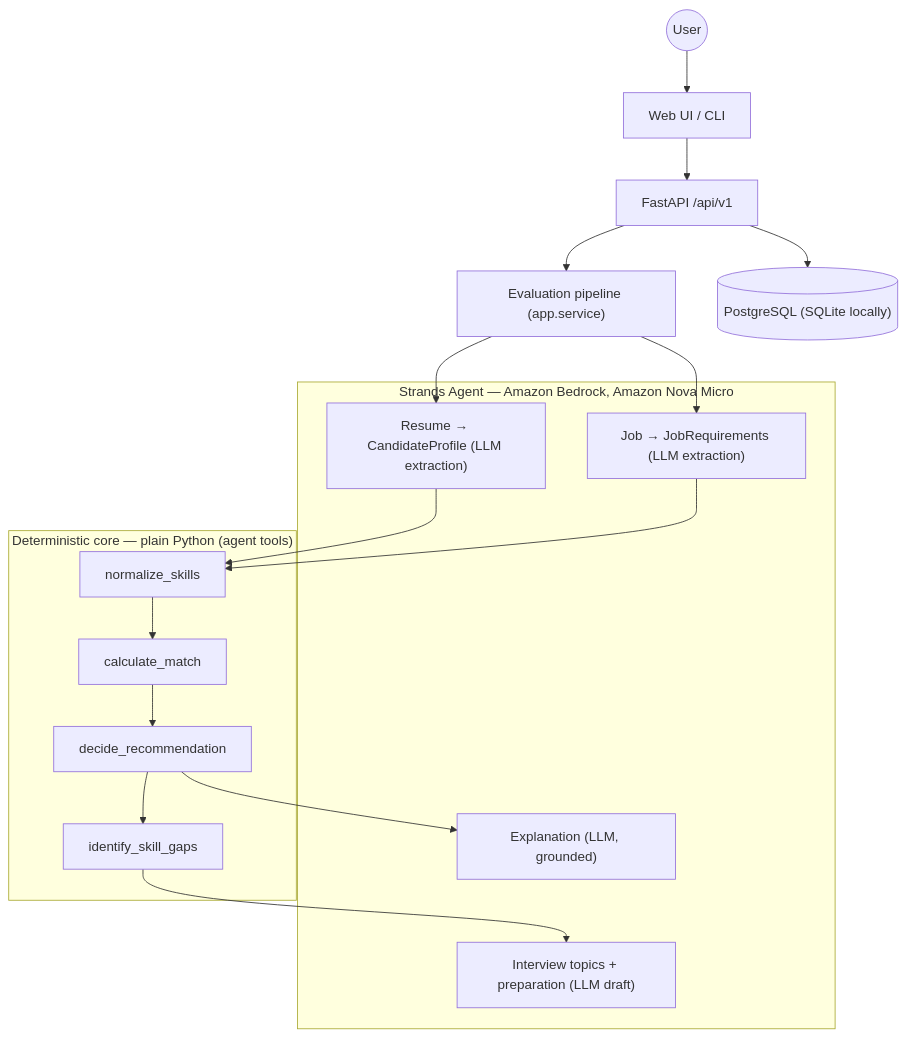
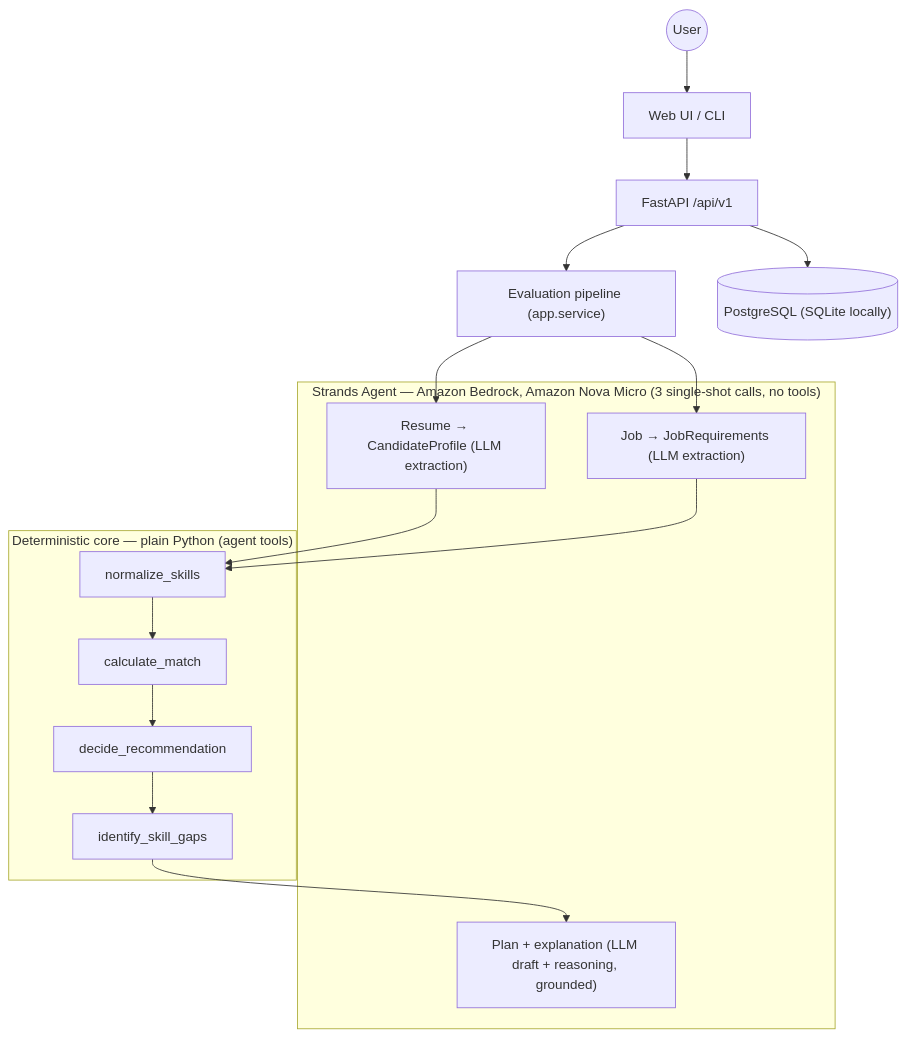
One commit to NataliaPerez08/CareerAgent changed the diagram in README.md. Above: the diagram before and after it, drawn with Mermaid. The commit also changed other lines of this file and 28 other files, not shown here.

````diff
--- a/README.md
+++ b/README.md
@@ -85,27 +86,25 @@
 ```mermaid
 flowchart TB
     U(("User")) --> IO["Web UI / CLI"]
     IO --> API["FastAPI /api/v1"]
     API --> PIPE["Evaluation pipeline (app.service)"]
     API --> DB[("PostgreSQL (SQLite locally)")]
 
-    subgraph BED ["Strands Agent — Amazon Bedrock, Amazon Nova Micro"]
+    subgraph BED ["Strands Agent — Amazon Bedrock, Amazon Nova Micro (3 single-shot calls, no tools)"]
         PEX["Resume → CandidateProfile (LLM extraction)"]
         REX["Job → JobRequirements (LLM extraction)"]
-        PLAN["Interview topics + preparation (LLM draft)"]
-        EXPL["Explanation (LLM, grounded)"]
+        PLAN["Plan + explanation (LLM draft + reasoning, grounded)"]
     end
 
     subgraph CORE ["Deterministic core — plain Python (agent tools)"]
         NORM["normalize_skills"]
         MATCH["calculate_match"]
         POLICY["decide_recommendation"]
         GAPS["identify_skill_gaps"]
     end
 
     PIPE --> PEX & REX
     PEX --> NORM
     REX --> NORM
     NORM --> MATCH --> POLICY --> GAPS --> PLAN
-    POLICY --> EXPL
 ```
````
